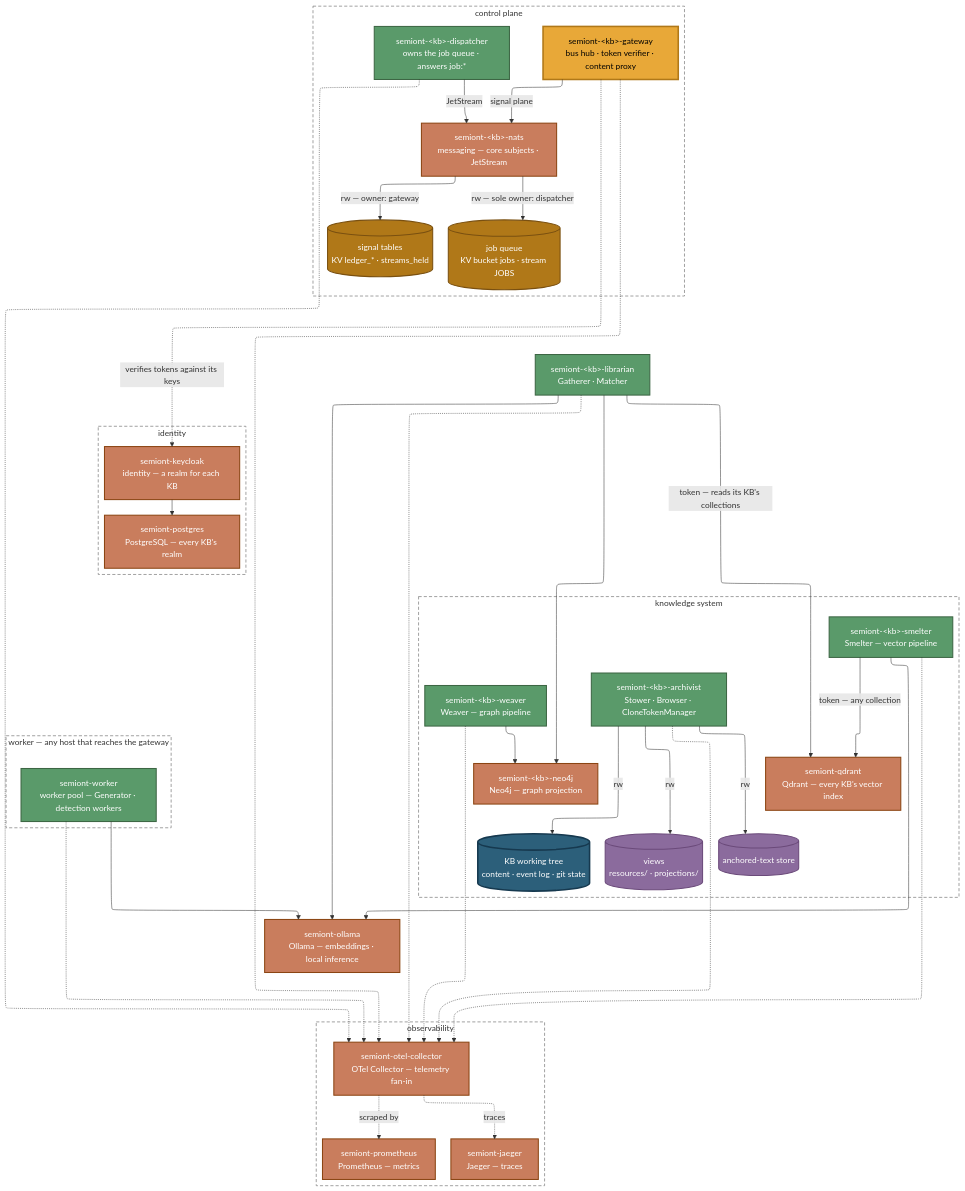
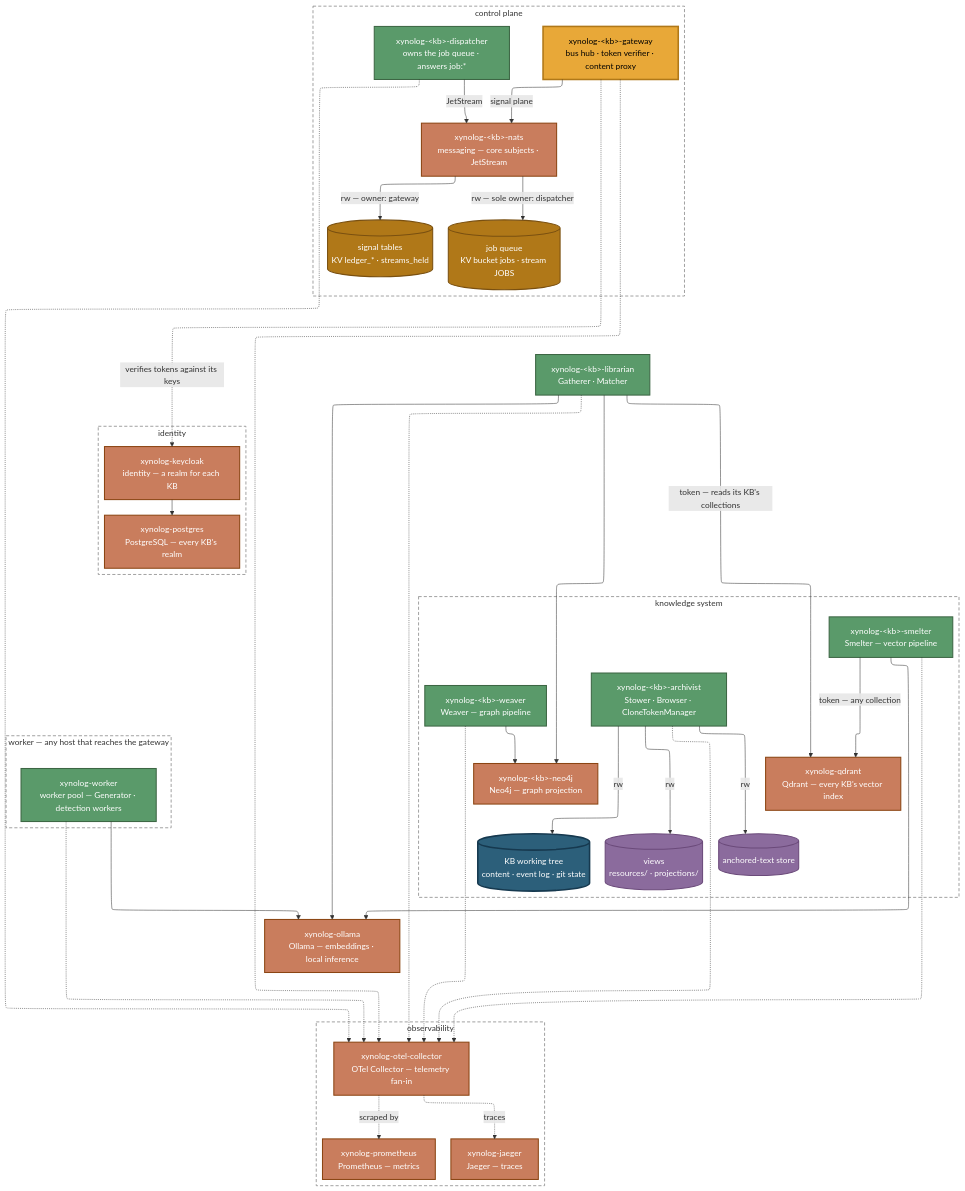
The second of 2 diagrams in operator/CONTAINER-TOPOLOGY.md (xynolog/docs), drawn with Mermaid before and after one commit. The commit also changed other lines of this file and 89 other files, not shown here.

```diff
--- a/operator/CONTAINER-TOPOLOGY.md
+++ b/operator/CONTAINER-TOPOLOGY.md
@@ -106,40 +106,40 @@
 ---
 graph TB
     subgraph G1 ["control plane"]
-        GW["semiont-&lt;kb&gt;-gateway<br/>bus hub · token verifier · content proxy"]
-        DISP["semiont-&lt;kb&gt;-dispatcher<br/>owns the job queue · answers job:*"]
-        NATS["semiont-&lt;kb&gt;-nats<br/>messaging — core subjects · JetStream"]
+        GW["xynolog-&lt;kb&gt;-gateway<br/>bus hub · token verifier · content proxy"]
+        DISP["xynolog-&lt;kb&gt;-dispatcher<br/>owns the job queue · answers job:*"]
+        NATS["xynolog-&lt;kb&gt;-nats<br/>messaging — core subjects · JetStream"]
         JS[("job queue<br/>KV bucket jobs · stream JOBS")]
         SIG[("signal tables<br/>KV ledger_* · streams_held")]
     end
 
     subgraph G4 ["identity"]
-        KC["semiont-keycloak<br/>identity — a realm for each KB"]
-        PG["semiont-postgres<br/>PostgreSQL — every KB's realm"]
+        KC["xynolog-keycloak<br/>identity — a realm for each KB"]
+        PG["xynolog-postgres<br/>PostgreSQL — every KB's realm"]
     end
 
     subgraph G2 ["knowledge system"]
-        ARCH["semiont-&lt;kb&gt;-archivist<br/>Stower · Browser · CloneTokenManager"]
+        ARCH["xynolog-&lt;kb&gt;-archivist<br/>Stower · Browser · CloneTokenManager"]
         TREE[("KB working tree<br/>content · event log · git state")]
         VIEWS[("views<br/>resources/ · projections/")]
         ANCH[("anchored-text store")]
-        WEAVE["semiont-&lt;kb&gt;-weaver<br/>Weaver — graph pipeline"]
-        SMELT["semiont-&lt;kb&gt;-smelter<br/>Smelter — vector pipeline"]
-        NEO["semiont-&lt;kb&gt;-neo4j<br/>Neo4j — graph projection"]
-        QD["semiont-qdrant<br/>Qdrant — every KB's vector index"]
+        WEAVE["xynolog-&lt;kb&gt;-weaver<br/>Weaver — graph pipeline"]
+        SMELT["xynolog-&lt;kb&gt;-smelter<br/>Smelter — vector pipeline"]
+        NEO["xynolog-&lt;kb&gt;-neo4j<br/>Neo4j — graph projection"]
+        QD["xynolog-qdrant<br/>Qdrant — every KB's vector index"]
     end
 
-    LIB["semiont-&lt;kb&gt;-librarian<br/>Gatherer · Matcher"]
-    OL["semiont-ollama<br/>Ollama — embeddings · local inference"]
+    LIB["xynolog-&lt;kb&gt;-librarian<br/>Gatherer · Matcher"]
+    OL["xynolog-ollama<br/>Ollama — embeddings · local inference"]
 
     subgraph G3 ["worker — any host that reaches the gateway"]
-        WORKER["semiont-worker<br/>worker pool — Generator · detection workers"]
+        WORKER["xynolog-worker<br/>worker pool — Generator · detection workers"]
     end
 
     subgraph G5 ["observability"]
-        COLL["semiont-otel-collector<br/>OTel Collector — telemetry fan-in"]
-        TRACES["semiont-jaeger<br/>Jaeger — traces"]
-        METRICS["semiont-prometheus<br/>Prometheus — metrics"]
+        COLL["xynolog-otel-collector<br/>OTel Collector — telemetry fan-in"]
+        TRACES["xynolog-jaeger<br/>Jaeger — traces"]
+        METRICS["xynolog-prometheus<br/>Prometheus — metrics"]
     end
 
     ARCH -->|rw| TREE
```
